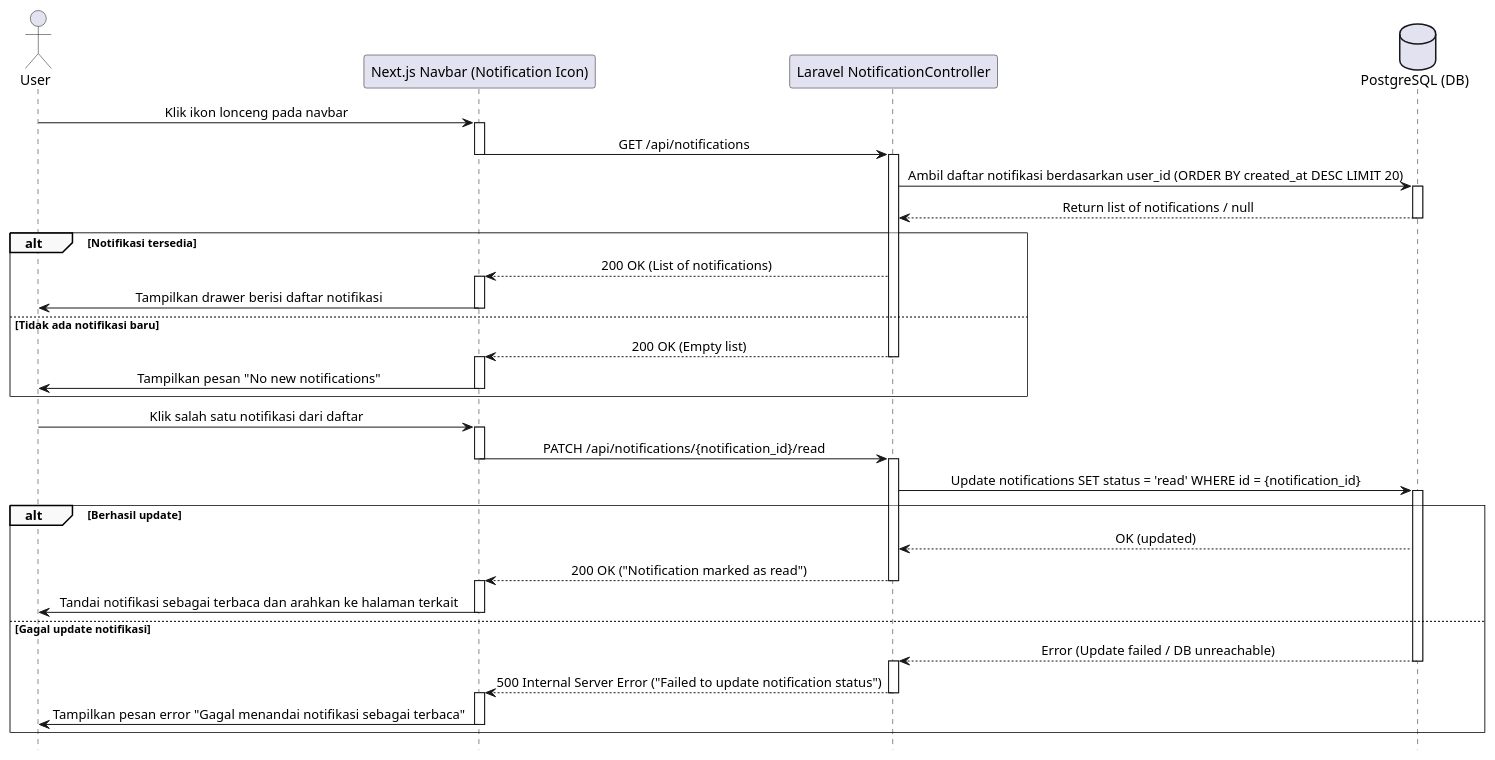
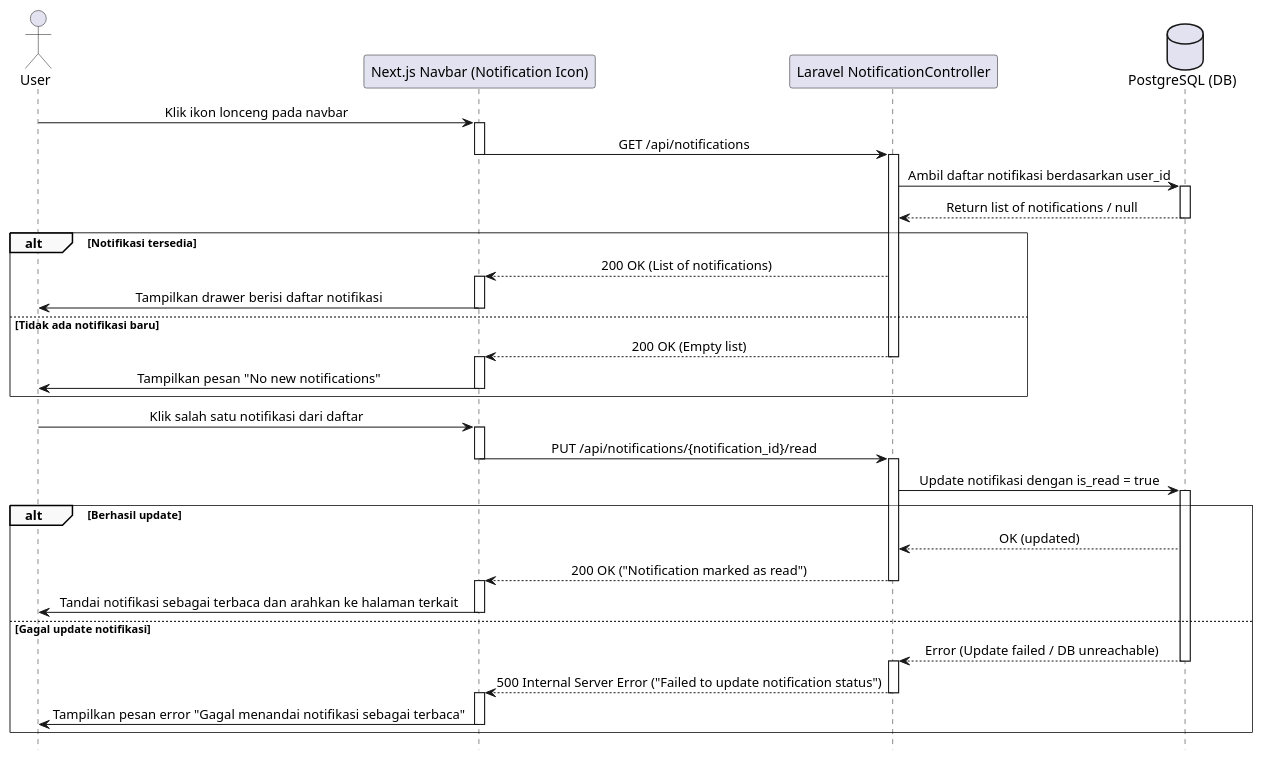
The diagram in MelihatNotifikasi.plantuml (fadhel-rizanda/skripsi-plantuml), drawn with PlantUML before and after one commit. The commit also changed 18 other files, not shown here.

```diff
--- a/MelihatNotifikasi.plantuml
+++ b/MelihatNotifikasi.plantuml
@@ -1,73 +1,73 @@
 @startuml
 ' === Styling ===
 skinparam sequence {
     LifelineFooterStrategy none
     MessageAlign center
     ArrowThickness 1
     ParticipantPadding 20
     GroupBorderThickness 0.5
     GroupBackgroundColor #F9F9F9
 }
 hide footbox
 
 
 ' === Participants ===
 actor User
 participant "Next.js Navbar (Notification Icon)" as FE
 participant "Laravel NotificationController" as BE
 database "PostgreSQL (DB)" as DB
 
 
 ' === Normal Flow: Melihat Daftar Notifikasi ===
 User -> FE: Klik ikon lonceng pada navbar
 activate FE
 FE -> BE: GET /api/notifications
 deactivate FE
 activate BE
-BE -> DB: Ambil daftar notifikasi berdasarkan user_id (ORDER BY created_at DESC LIMIT 20)
+BE -> DB: Ambil daftar notifikasi berdasarkan user_id
 activate DB
 DB --> BE: Return list of notifications / null
 deactivate DB
 
 alt Notifikasi tersedia
     BE --> FE: 200 OK (List of notifications)
     activate FE
     FE -> User: Tampilkan drawer berisi daftar notifikasi
     deactivate FE
 else Tidak ada notifikasi baru
     BE --> FE: 200 OK (Empty list)
     deactivate BE
     activate FE
     FE -> User: Tampilkan pesan "No new notifications"
     deactivate FE
 
 end
 
 ' === Subflow S-1: Membuka Notifikasi ===
 User -> FE: Klik salah satu notifikasi dari daftar
 activate FE
-FE -> BE: PATCH /api/notifications/{notification_id}/read
+FE -> BE: PUT /api/notifications/{notification_id}/read
 deactivate FE
 activate BE
-BE -> DB: Update notifications SET status = 'read' WHERE id = {notification_id}
+BE -> DB: Update notifikasi dengan is_read = true
 activate DB
 alt Berhasil update
     DB --> BE: OK (updated)
     BE --> FE: 200 OK ("Notification marked as read")
     deactivate BE
     activate FE
     FE -> User: Tandai notifikasi sebagai terbaca dan arahkan ke halaman terkait
     deactivate FE
 else Gagal update notifikasi
     DB --> BE: Error (Update failed / DB unreachable)
     deactivate DB
     activate BE
     BE --> FE: 500 Internal Server Error ("Failed to update notification status")
     deactivate BE
     activate FE
     FE -> User: Tampilkan pesan error "Gagal menandai notifikasi sebagai terbaca"
     deactivate FE
 end
 
 
 @enduml
```
